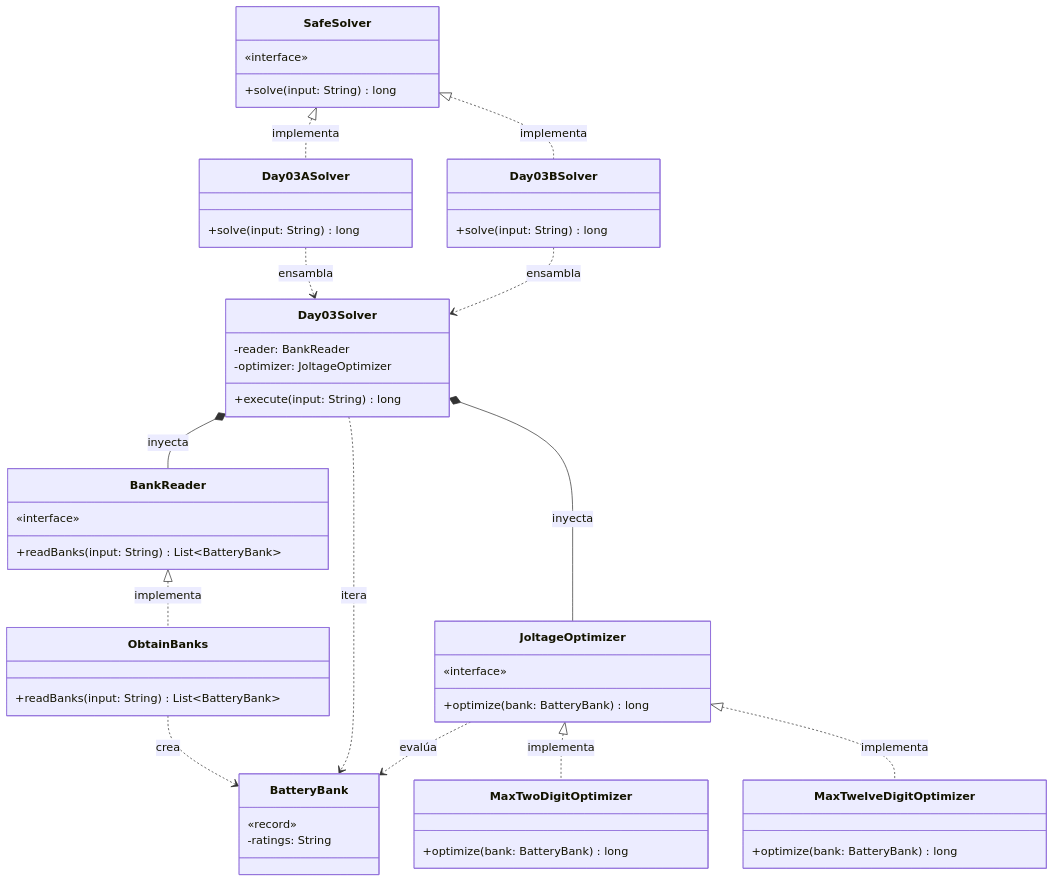
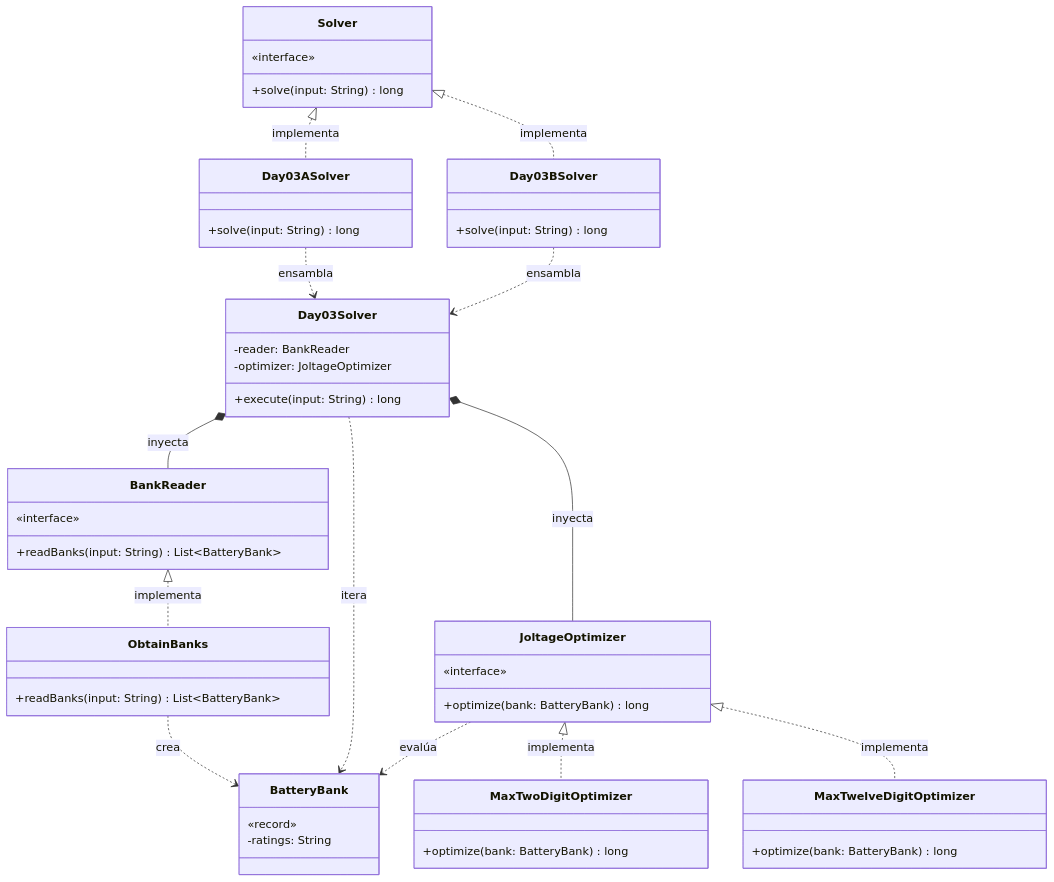
The diagram in src/main/java/software/aoc/day03/README.md (ivanperezdiaz829/AoC2025), drawn with Mermaid before and after one commit. The commit also changed 5 other files, not shown here.

Commit message:
fix(README): All mentions to SafeSolver changed by Solver

````diff
--- a/src/main/java/software/aoc/day03/README.md
+++ b/src/main/java/software/aoc/day03/README.md
@@ -37,66 +37,66 @@
 ```mermaid
 classDiagram
-    class SafeSolver {
+    class Solver {
         «interface»
         +solve(input: String) long
     }
 
     class Day03ASolver {
         +solve(input: String) long
     }
 
     class Day03BSolver {
         +solve(input: String) long
     }
 
     class Day03Solver {
         -reader: BankReader
         -optimizer: JoltageOptimizer
         +execute(input: String) long
     }
 
     class BatteryBank {
         «record»
         -ratings: String
     }
 
     class BankReader {
         «interface»
         +readBanks(input: String) List~BatteryBank~
     }
 
     class ObtainBanks {
         +readBanks(input: String) List~BatteryBank~
     }
 
     class JoltageOptimizer {
         «interface»
         +optimize(bank: BatteryBank) long
     }
 
     class MaxTwoDigitOptimizer {
         +optimize(bank: BatteryBank) long
     }
 
     class MaxTwelveDigitOptimizer {
         +optimize(bank: BatteryBank) long
     }
 
 %% Relaciones de Implementación
-    SafeSolver <|.. Day03ASolver : implementa
-    SafeSolver <|.. Day03BSolver : implementa
+    Solver <|.. Day03ASolver : implementa
+    Solver <|.. Day03BSolver : implementa
     BankReader <|.. ObtainBanks : implementa
     JoltageOptimizer <|.. MaxTwoDigitOptimizer : implementa
     JoltageOptimizer <|.. MaxTwelveDigitOptimizer : implementa
 
 %% Relaciones de Orquestación e Inyección
     Day03ASolver ..> Day03Solver : ensambla
     Day03BSolver ..> Day03Solver : ensambla
     Day03Solver *-- BankReader : inyecta
     Day03Solver *-- JoltageOptimizer : inyecta
 
 %% Dependencias de Dominio
     ObtainBanks ..> BatteryBank : crea
     Day03Solver ..> BatteryBank : itera
     JoltageOptimizer ..> BatteryBank : evalúa
 ```
````
